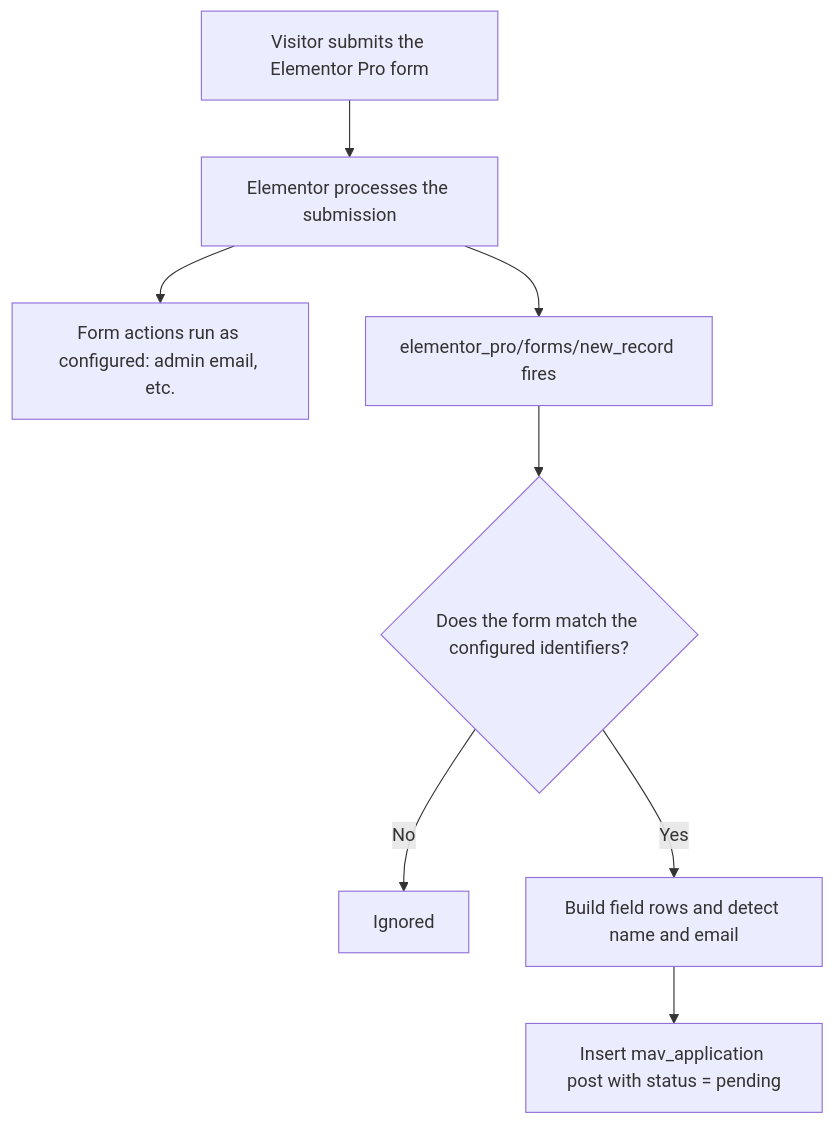
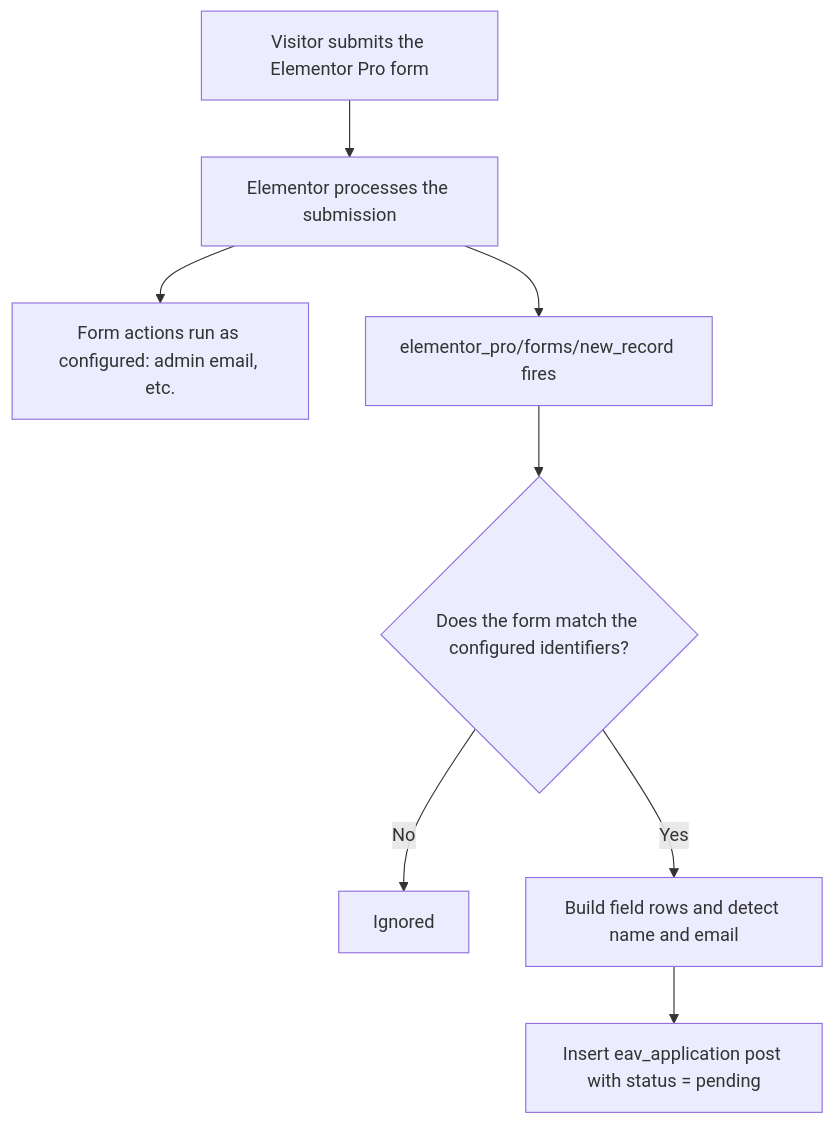
One commit to Masab-Umair/eav changed the diagram in readme.md. Above: the diagram before and after it, drawn with Mermaid. The commit also changed other lines of this file, not shown here.

````diff
--- a/readme.md
+++ b/readme.md
@@ -54,10 +54,10 @@
 ```mermaid
 flowchart TD
     A["Visitor submits the Elementor Pro form"] --> B["Elementor processes the submission"]
     B --> C["Form actions run as configured: admin email, etc."]
     B --> D["elementor_pro/forms/new_record fires"]
     D --> E{"Does the form match the configured identifiers?"}
     E -- "No" --> F["Ignored"]
     E -- "Yes" --> G["Build field rows and detect name and email"]
-    G --> H["Insert mav_application post with status = pending"]
+    G --> H["Insert eav_application post with status = pending"]
 ```
````
